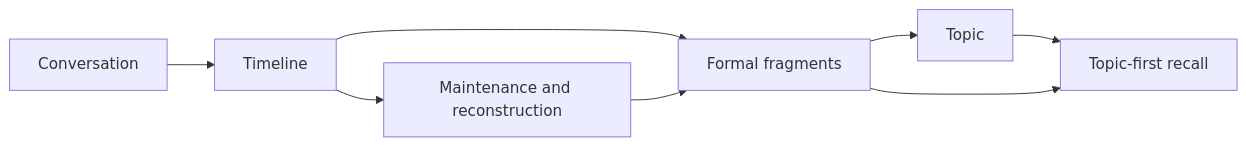
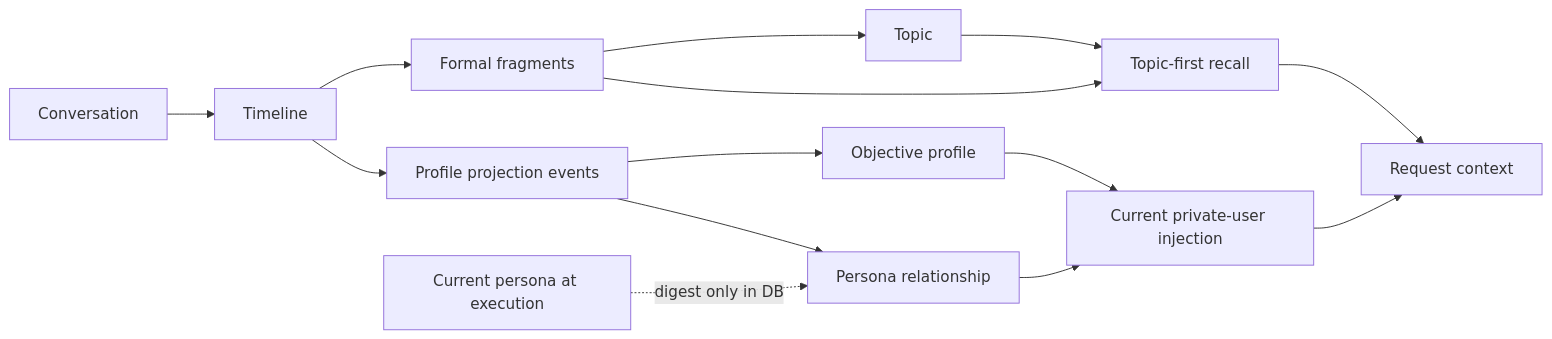
The diagram in README_en.md (Eco404/astrbot_plugin_livingmemory), drawn with Mermaid before and after one commit. The commit also changed other lines of this file and 24 other files, not shown here.

Commit message:
docs: align user profile architecture presentation

````diff
--- a/README_en.md
+++ b/README_en.md
@@ -42,10 +42,16 @@
 ```mermaid
 flowchart LR
     A[Conversation] --> B[Timeline]
     B --> C[Formal fragments]
     C --> D[Topic]
     D --> E[Topic-first recall]
     C --> E
-    B --> F[Maintenance and reconstruction]
-    F --> C
+    B --> F[Profile projection events]
+    F --> G[Objective profile]
+    F --> H[Persona relationship]
+    I[Current persona at execution] -.digest only in DB.-> H
+    G --> J[Current private-user injection]
+    H --> J
+    E --> K[Request context]
+    J --> K
 ```
````
